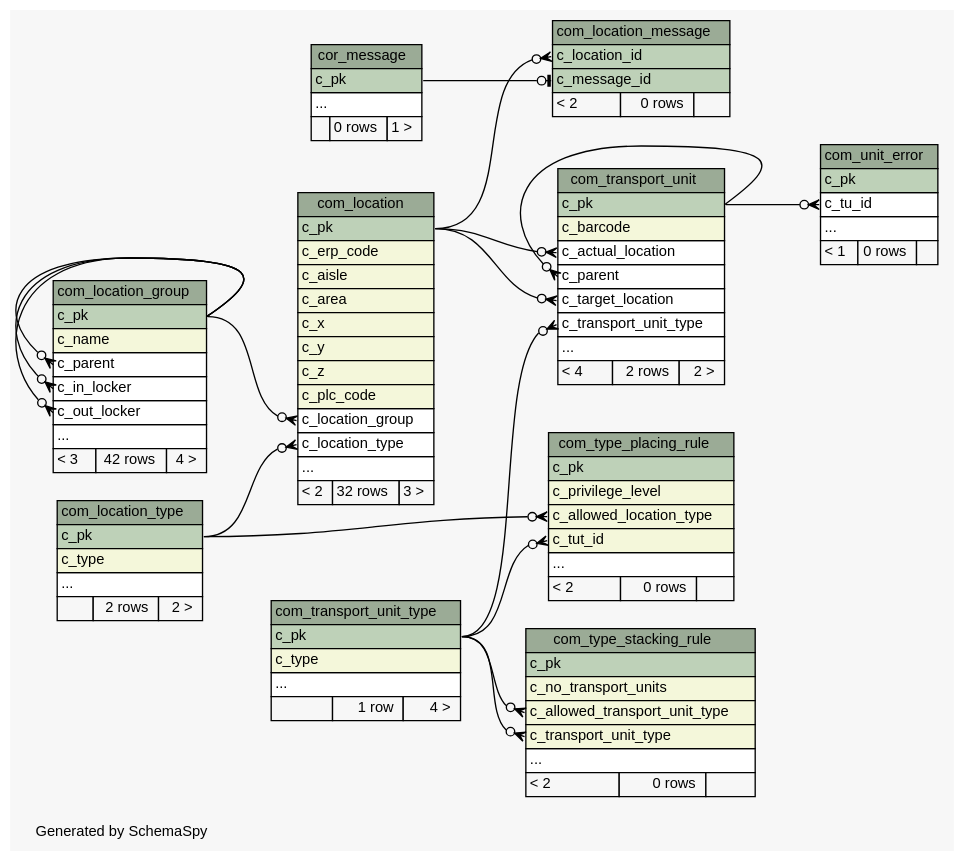
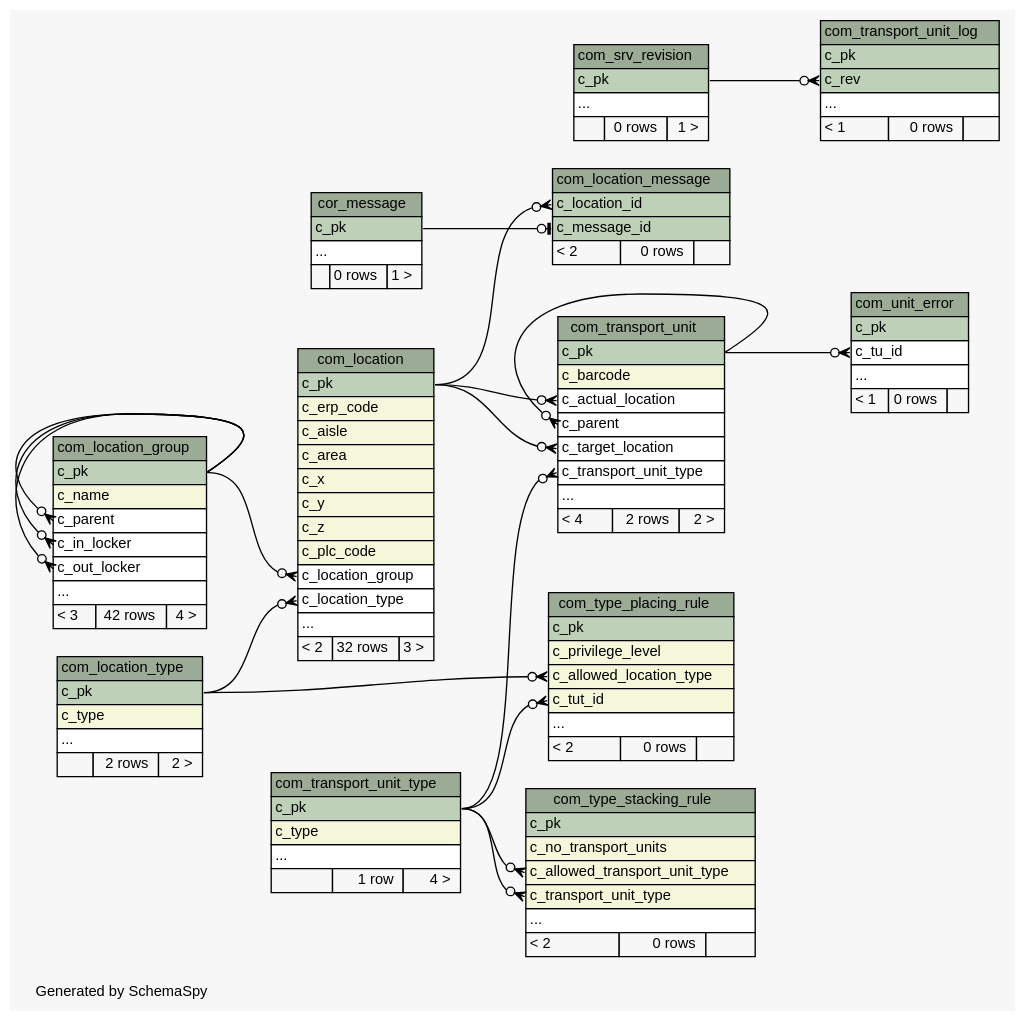
Before and after one commit to openwms/org.openwms.common.service.lib: the diagram in schemaspy/diagrams/summary/relationships.real.compact.dot, drawn with Graphviz. The commit also changed 404 other files, not shown here.

```diff
--- a/schemaspy/diagrams/summary/relationships.real.compact.dot
+++ b/schemaspy/diagrams/summary/relationships.real.compact.dot
@@ -1,175 +1,199 @@
 // dot 2.36.0 on Linux 4.4.0-101-generic
 // SchemaSpy rev Unknown
 digraph "compactRelationshipsDiagram" {
   graph [
     rankdir="RL"
     bgcolor="#f7f7f7"
     label="\nGenerated by SchemaSpy"
     labeljust="l"
     nodesep="0.18"
     ranksep="0.46"
     fontname="Helvetica"
     fontsize="11"
   ];
   node [
     fontname="Helvetica"
     fontsize="11"
     shape="plaintext"
   ];
   edge [
     arrowsize="0.8"
   ];
   "com_location" [
     label=<
     <TABLE BORDER="0" CELLBORDER="1" CELLSPACING="0" BGCOLOR="#ffffff">
       <TR><TD COLSPAN="3" BGCOLOR="#9bab96" ALIGN="CENTER">com_location</TD></TR>
       <TR><TD PORT="c_pk" COLSPAN="3" BGCOLOR="#bed1b8" ALIGN="LEFT">c_pk</TD></TR>
       <TR><TD PORT="c_erp_code" COLSPAN="3" BGCOLOR="#f4f7da" ALIGN="LEFT">c_erp_code</TD></TR>
       <TR><TD PORT="c_aisle" COLSPAN="3" BGCOLOR="#f4f7da" ALIGN="LEFT">c_aisle</TD></TR>
       <TR><TD PORT="c_area" COLSPAN="3" BGCOLOR="#f4f7da" ALIGN="LEFT">c_area</TD></TR>
       <TR><TD PORT="c_x" COLSPAN="3" BGCOLOR="#f4f7da" ALIGN="LEFT">c_x</TD></TR>
       <TR><TD PORT="c_y" COLSPAN="3" BGCOLOR="#f4f7da" ALIGN="LEFT">c_y</TD></TR>
       <TR><TD PORT="c_z" COLSPAN="3" BGCOLOR="#f4f7da" ALIGN="LEFT">c_z</TD></TR>
       <TR><TD PORT="c_plc_code" COLSPAN="3" BGCOLOR="#f4f7da" ALIGN="LEFT">c_plc_code</TD></TR>
       <TR><TD PORT="c_location_group" COLSPAN="3" ALIGN="LEFT">c_location_group</TD></TR>
       <TR><TD PORT="c_location_type" COLSPAN="3" ALIGN="LEFT">c_location_type</TD></TR>
       <TR><TD PORT="elipses" COLSPAN="3" ALIGN="LEFT">...</TD></TR>
       <TR><TD ALIGN="LEFT" BGCOLOR="#f7f7f7">&lt; 2</TD><TD ALIGN="RIGHT" BGCOLOR="#f7f7f7">32 rows</TD><TD ALIGN="RIGHT" BGCOLOR="#f7f7f7">3 &gt;</TD></TR>
     </TABLE>>
     URL="tables/com_location.html"
     tooltip="com_location"
   ];
   "com_location_group" [
     label=<
     <TABLE BORDER="0" CELLBORDER="1" CELLSPACING="0" BGCOLOR="#ffffff">
       <TR><TD COLSPAN="3" BGCOLOR="#9bab96" ALIGN="CENTER">com_location_group</TD></TR>
       <TR><TD PORT="c_pk" COLSPAN="3" BGCOLOR="#bed1b8" ALIGN="LEFT">c_pk</TD></TR>
       <TR><TD PORT="c_name" COLSPAN="3" BGCOLOR="#f4f7da" ALIGN="LEFT">c_name</TD></TR>
       <TR><TD PORT="c_parent" COLSPAN="3" ALIGN="LEFT">c_parent</TD></TR>
       <TR><TD PORT="c_in_locker" COLSPAN="3" ALIGN="LEFT">c_in_locker</TD></TR>
       <TR><TD PORT="c_out_locker" COLSPAN="3" ALIGN="LEFT">c_out_locker</TD></TR>
       <TR><TD PORT="elipses" COLSPAN="3" ALIGN="LEFT">...</TD></TR>
       <TR><TD ALIGN="LEFT" BGCOLOR="#f7f7f7">&lt; 3</TD><TD ALIGN="RIGHT" BGCOLOR="#f7f7f7">42 rows</TD><TD ALIGN="RIGHT" BGCOLOR="#f7f7f7">4 &gt;</TD></TR>
     </TABLE>>
     URL="tables/com_location_group.html"
     tooltip="com_location_group"
   ];
   "com_location_message" [
     label=<
     <TABLE BORDER="0" CELLBORDER="1" CELLSPACING="0" BGCOLOR="#ffffff">
       <TR><TD COLSPAN="3" BGCOLOR="#9bab96" ALIGN="CENTER">com_location_message</TD></TR>
       <TR><TD PORT="c_location_id" COLSPAN="3" BGCOLOR="#bed1b8" ALIGN="LEFT">c_location_id</TD></TR>
       <TR><TD PORT="c_message_id" COLSPAN="3" BGCOLOR="#bed1b8" ALIGN="LEFT">c_message_id</TD></TR>
       <TR><TD ALIGN="LEFT" BGCOLOR="#f7f7f7">&lt; 2</TD><TD ALIGN="RIGHT" BGCOLOR="#f7f7f7">0 rows</TD><TD ALIGN="RIGHT" BGCOLOR="#f7f7f7">  </TD></TR>
     </TABLE>>
     URL="tables/com_location_message.html"
     tooltip="com_location_message"
   ];
   "com_location_type" [
     label=<
     <TABLE BORDER="0" CELLBORDER="1" CELLSPACING="0" BGCOLOR="#ffffff">
       <TR><TD COLSPAN="3" BGCOLOR="#9bab96" ALIGN="CENTER">com_location_type</TD></TR>
       <TR><TD PORT="c_pk" COLSPAN="3" BGCOLOR="#bed1b8" ALIGN="LEFT">c_pk</TD></TR>
       <TR><TD PORT="c_type" COLSPAN="3" BGCOLOR="#f4f7da" ALIGN="LEFT">c_type</TD></TR>
       <TR><TD PORT="elipses" COLSPAN="3" ALIGN="LEFT">...</TD></TR>
       <TR><TD ALIGN="LEFT" BGCOLOR="#f7f7f7">  </TD><TD ALIGN="RIGHT" BGCOLOR="#f7f7f7">2 rows</TD><TD ALIGN="RIGHT" BGCOLOR="#f7f7f7">2 &gt;</TD></TR>
     </TABLE>>
     URL="tables/com_location_type.html"
     tooltip="com_location_type"
   ];
+  "com_srv_revision" [
+    label=<
+    <TABLE BORDER="0" CELLBORDER="1" CELLSPACING="0" BGCOLOR="#ffffff">
+      <TR><TD COLSPAN="3" BGCOLOR="#9bab96" ALIGN="CENTER">com_srv_revision</TD></TR>
+      <TR><TD PORT="c_pk" COLSPAN="3" BGCOLOR="#bed1b8" ALIGN="LEFT">c_pk</TD></TR>
+      <TR><TD PORT="elipses" COLSPAN="3" ALIGN="LEFT">...</TD></TR>
+      <TR><TD ALIGN="LEFT" BGCOLOR="#f7f7f7">  </TD><TD ALIGN="RIGHT" BGCOLOR="#f7f7f7">0 rows</TD><TD ALIGN="RIGHT" BGCOLOR="#f7f7f7">1 &gt;</TD></TR>
+    </TABLE>>
+    URL="tables/com_srv_revision.html"
+    tooltip="com_srv_revision"
+  ];
   "com_transport_unit" [
     label=<
     <TABLE BORDER="0" CELLBORDER="1" CELLSPACING="0" BGCOLOR="#ffffff">
       <TR><TD COLSPAN="3" BGCOLOR="#9bab96" ALIGN="CENTER">com_transport_unit</TD></TR>
       <TR><TD PORT="c_pk" COLSPAN="3" BGCOLOR="#bed1b8" ALIGN="LEFT">c_pk</TD></TR>
       <TR><TD PORT="c_barcode" COLSPAN="3" BGCOLOR="#f4f7da" ALIGN="LEFT">c_barcode</TD></TR>
       <TR><TD PORT="c_actual_location" COLSPAN="3" ALIGN="LEFT">c_actual_location</TD></TR>
       <TR><TD PORT="c_parent" COLSPAN="3" ALIGN="LEFT">c_parent</TD></TR>
       <TR><TD PORT="c_target_location" COLSPAN="3" ALIGN="LEFT">c_target_location</TD></TR>
       <TR><TD PORT="c_transport_unit_type" COLSPAN="3" ALIGN="LEFT">c_transport_unit_type</TD></TR>
       <TR><TD PORT="elipses" COLSPAN="3" ALIGN="LEFT">...</TD></TR>
       <TR><TD ALIGN="LEFT" BGCOLOR="#f7f7f7">&lt; 4</TD><TD ALIGN="RIGHT" BGCOLOR="#f7f7f7">2 rows</TD><TD ALIGN="RIGHT" BGCOLOR="#f7f7f7">2 &gt;</TD></TR>
     </TABLE>>
     URL="tables/com_transport_unit.html"
     tooltip="com_transport_unit"
+  ];
+  "com_transport_unit_log" [
+    label=<
+    <TABLE BORDER="0" CELLBORDER="1" CELLSPACING="0" BGCOLOR="#ffffff">
+      <TR><TD COLSPAN="3" BGCOLOR="#9bab96" ALIGN="CENTER">com_transport_unit_log</TD></TR>
+      <TR><TD PORT="c_pk" COLSPAN="3" BGCOLOR="#bed1b8" ALIGN="LEFT">c_pk</TD></TR>
+      <TR><TD PORT="c_rev" COLSPAN="3" BGCOLOR="#bed1b8" ALIGN="LEFT">c_rev</TD></TR>
+      <TR><TD PORT="elipses" COLSPAN="3" ALIGN="LEFT">...</TD></TR>
+      <TR><TD ALIGN="LEFT" BGCOLOR="#f7f7f7">&lt; 1</TD><TD ALIGN="RIGHT" BGCOLOR="#f7f7f7">0 rows</TD><TD ALIGN="RIGHT" BGCOLOR="#f7f7f7">  </TD></TR>
+    </TABLE>>
+    URL="tables/com_transport_unit_log.html"
+    tooltip="com_transport_unit_log"
   ];
   "com_transport_unit_type" [
     label=<
     <TABLE BORDER="0" CELLBORDER="1" CELLSPACING="0" BGCOLOR="#ffffff">
       <TR><TD COLSPAN="3" BGCOLOR="#9bab96" ALIGN="CENTER">com_transport_unit_type</TD></TR>
       <TR><TD PORT="c_pk" COLSPAN="3" BGCOLOR="#bed1b8" ALIGN="LEFT">c_pk</TD></TR>
       <TR><TD PORT="c_type" COLSPAN="3" BGCOLOR="#f4f7da" ALIGN="LEFT">c_type</TD></TR>
       <TR><TD PORT="elipses" COLSPAN="3" ALIGN="LEFT">...</TD></TR>
       <TR><TD ALIGN="LEFT" BGCOLOR="#f7f7f7">  </TD><TD ALIGN="RIGHT" BGCOLOR="#f7f7f7">1 row</TD><TD ALIGN="RIGHT" BGCOLOR="#f7f7f7">4 &gt;</TD></TR>
     </TABLE>>
     URL="tables/com_transport_unit_type.html"
     tooltip="com_transport_unit_type"
   ];
   "com_type_placing_rule" [
     label=<
     <TABLE BORDER="0" CELLBORDER="1" CELLSPACING="0" BGCOLOR="#ffffff">
       <TR><TD COLSPAN="3" BGCOLOR="#9bab96" ALIGN="CENTER">com_type_placing_rule</TD></TR>
       <TR><TD PORT="c_pk" COLSPAN="3" BGCOLOR="#bed1b8" ALIGN="LEFT">c_pk</TD></TR>
       <TR><TD PORT="c_privilege_level" COLSPAN="3" BGCOLOR="#f4f7da" ALIGN="LEFT">c_privilege_level</TD></TR>
       <TR><TD PORT="c_allowed_location_type" COLSPAN="3" BGCOLOR="#f4f7da" ALIGN="LEFT">c_allowed_location_type</TD></TR>
       <TR><TD PORT="c_tut_id" COLSPAN="3" BGCOLOR="#f4f7da" ALIGN="LEFT">c_tut_id</TD></TR>
       <TR><TD PORT="elipses" COLSPAN="3" ALIGN="LEFT">...</TD></TR>
       <TR><TD ALIGN="LEFT" BGCOLOR="#f7f7f7">&lt; 2</TD><TD ALIGN="RIGHT" BGCOLOR="#f7f7f7">0 rows</TD><TD ALIGN="RIGHT" BGCOLOR="#f7f7f7">  </TD></TR>
     </TABLE>>
     URL="tables/com_type_placing_rule.html"
     tooltip="com_type_placing_rule"
   ];
   "com_type_stacking_rule" [
     label=<
     <TABLE BORDER="0" CELLBORDER="1" CELLSPACING="0" BGCOLOR="#ffffff">
       <TR><TD COLSPAN="3" BGCOLOR="#9bab96" ALIGN="CENTER">com_type_stacking_rule</TD></TR>
       <TR><TD PORT="c_pk" COLSPAN="3" BGCOLOR="#bed1b8" ALIGN="LEFT">c_pk</TD></TR>
       <TR><TD PORT="c_no_transport_units" COLSPAN="3" BGCOLOR="#f4f7da" ALIGN="LEFT">c_no_transport_units</TD></TR>
       <TR><TD PORT="c_allowed_transport_unit_type" COLSPAN="3" BGCOLOR="#f4f7da" ALIGN="LEFT">c_allowed_transport_unit_type</TD></TR>
       <TR><TD PORT="c_transport_unit_type" COLSPAN="3" BGCOLOR="#f4f7da" ALIGN="LEFT">c_transport_unit_type</TD></TR>
       <TR><TD PORT="elipses" COLSPAN="3" ALIGN="LEFT">...</TD></TR>
       <TR><TD ALIGN="LEFT" BGCOLOR="#f7f7f7">&lt; 2</TD><TD ALIGN="RIGHT" BGCOLOR="#f7f7f7">0 rows</TD><TD ALIGN="RIGHT" BGCOLOR="#f7f7f7">  </TD></TR>
     </TABLE>>
     URL="tables/com_type_stacking_rule.html"
     tooltip="com_type_stacking_rule"
   ];
   "com_unit_error" [
     label=<
     <TABLE BORDER="0" CELLBORDER="1" CELLSPACING="0" BGCOLOR="#ffffff">
       <TR><TD COLSPAN="3" BGCOLOR="#9bab96" ALIGN="CENTER">com_unit_error</TD></TR>
       <TR><TD PORT="c_pk" COLSPAN="3" BGCOLOR="#bed1b8" ALIGN="LEFT">c_pk</TD></TR>
       <TR><TD PORT="c_tu_id" COLSPAN="3" ALIGN="LEFT">c_tu_id</TD></TR>
       <TR><TD PORT="elipses" COLSPAN="3" ALIGN="LEFT">...</TD></TR>
       <TR><TD ALIGN="LEFT" BGCOLOR="#f7f7f7">&lt; 1</TD><TD ALIGN="RIGHT" BGCOLOR="#f7f7f7">0 rows</TD><TD ALIGN="RIGHT" BGCOLOR="#f7f7f7">  </TD></TR>
     </TABLE>>
     URL="tables/com_unit_error.html"
     tooltip="com_unit_error"
   ];
   "cor_message" [
     label=<
     <TABLE BORDER="0" CELLBORDER="1" CELLSPACING="0" BGCOLOR="#ffffff">
       <TR><TD COLSPAN="3" BGCOLOR="#9bab96" ALIGN="CENTER">cor_message</TD></TR>
       <TR><TD PORT="c_pk" COLSPAN="3" BGCOLOR="#bed1b8" ALIGN="LEFT">c_pk</TD></TR>
       <TR><TD PORT="elipses" COLSPAN="3" ALIGN="LEFT">...</TD></TR>
       <TR><TD ALIGN="LEFT" BGCOLOR="#f7f7f7">  </TD><TD ALIGN="RIGHT" BGCOLOR="#f7f7f7">0 rows</TD><TD ALIGN="RIGHT" BGCOLOR="#f7f7f7">1 &gt;</TD></TR>
     </TABLE>>
     URL="tables/cor_message.html"
     tooltip="cor_message"
   ];
   "com_location":"c_location_group":w -> "com_location_group":"c_pk":e [arrowhead=none dir=back arrowtail=crowodot];
   "com_location":"c_location_type":w -> "com_location_type":"c_pk":e [arrowhead=none dir=back arrowtail=crowodot];
   "com_location_group":"c_in_locker":w -> "com_location_group":"c_pk":e [arrowhead=none dir=back arrowtail=crowodot];
   "com_location_group":"c_out_locker":w -> "com_location_group":"c_pk":e [arrowhead=none dir=back arrowtail=crowodot];
   "com_location_group":"c_parent":w -> "com_location_group":"c_pk":e [arrowhead=none dir=back arrowtail=crowodot];
   "com_location_message":"c_location_id":w -> "com_location":"c_pk":e [arrowhead=none dir=back arrowtail=crowodot];
   "com_location_message":"c_message_id":w -> "cor_message":"c_pk":e [arrowhead=none dir=back arrowtail=teeodot];
   "com_transport_unit":"c_actual_location":w -> "com_location":"c_pk":e [arrowhead=none dir=back arrowtail=crowodot];
   "com_transport_unit":"c_parent":w -> "com_transport_unit":"c_pk":e [arrowhead=none dir=back arrowtail=crowodot];
   "com_transport_unit":"c_target_location":w -> "com_location":"c_pk":e [arrowhead=none dir=back arrowtail=crowodot];
   "com_transport_unit":"c_transport_unit_type":w -> "com_transport_unit_type":"c_pk":e [arrowhead=none dir=back arrowtail=crowodot];
+  "com_transport_unit_log":"c_rev":w -> "com_srv_revision":"c_pk":e [arrowhead=none dir=back arrowtail=crowodot];
   "com_type_placing_rule":"c_allowed_location_type":w -> "com_location_type":"c_pk":e [arrowhead=none dir=back arrowtail=crowodot];
   "com_type_placing_rule":"c_tut_id":w -> "com_transport_unit_type":"c_pk":e [arrowhead=none dir=back arrowtail=crowodot];
   "com_type_stacking_rule":"c_allowed_transport_unit_type":w -> "com_transport_unit_type":"c_pk":e [arrowhead=none dir=back arrowtail=crowodot];
   "com_type_stacking_rule":"c_transport_unit_type":w -> "com_transport_unit_type":"c_pk":e [arrowhead=none dir=back arrowtail=crowodot];
   "com_unit_error":"c_tu_id":w -> "com_transport_unit":"c_pk":e [arrowhead=none dir=back arrowtail=crowodot];
 }
```
